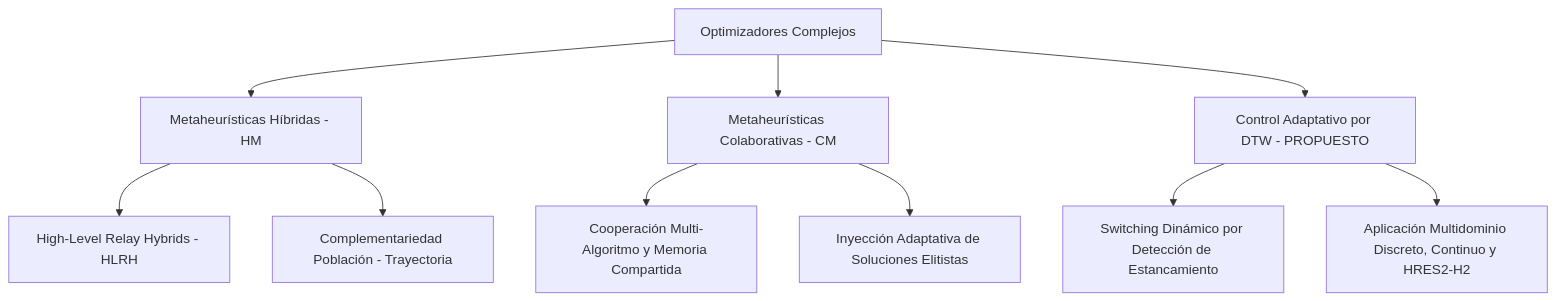
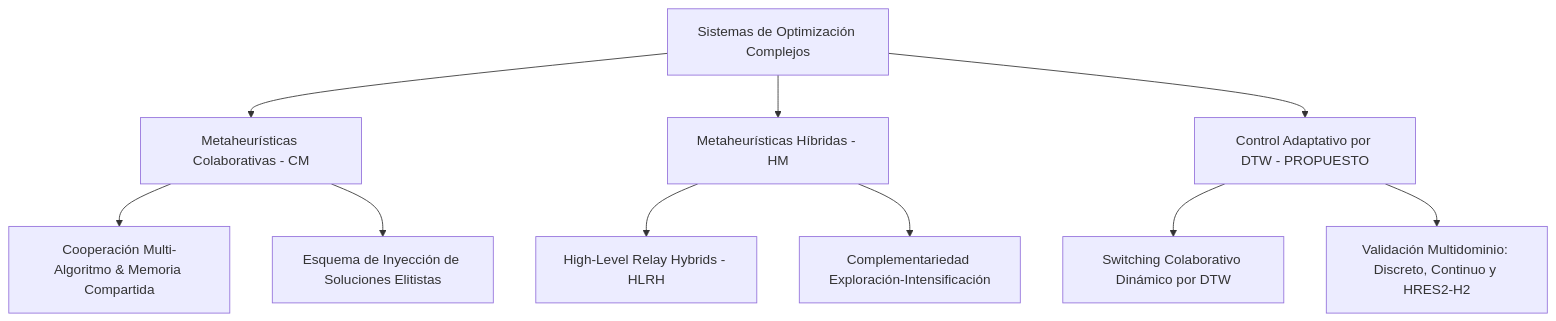
The diagram in paper/introduccion_y_estado_del_arte.md (lukipuki0/mkp_lb2), drawn with Mermaid before and after one commit. The commit also changed other lines of this file and 13 other files, not shown here.

````diff
--- a/paper/introduccion_y_estado_del_arte.md
+++ b/paper/introduccion_y_estado_del_arte.md
@@ -44,15 +44,15 @@
 ```mermaid
 graph TD
-    A[Optimizadores Complejos] --> B[Metaheurísticas Híbridas - HM]
-    A --> C[Metaheurísticas Colaborativas - CM]
+    A[Sistemas de Optimización Complejos] --> B[Metaheurísticas Colaborativas - CM]
+    A --> C[Metaheurísticas Híbridas - HM]
     A --> D[Control Adaptativo por DTW - PROPUESTO]
     
-    B --> B1[High-Level Relay Hybrids - HLRH]
-    B --> B2[Complementariedad Población - Trayectoria]
+    B --> B1[Cooperación Multi-Algoritmo & Memoria Compartida]
+    B --> B2[Esquema de Inyección de Soluciones Elitistas]
     
-    C --> C1[Cooperación Multi-Algoritmo y Memoria Compartida]
-    C --> C2[Inyección Adaptativa de Soluciones Elitistas]
+    C --> C1[High-Level Relay Hybrids - HLRH]
+    C --> C2[Complementariedad Exploración-Intensificación]
     
-    D --> D1[Switching Dinámico por Detección de Estancamiento]
-    D --> D2[Aplicación Multidominio Discreto, Continuo y HRES2-H2]
+    D --> D1[Switching Colaborativo Dinámico por DTW]
+    D --> D2[Validación Multidominio: Discreto, Continuo y HRES2-H2]
 ```
````
